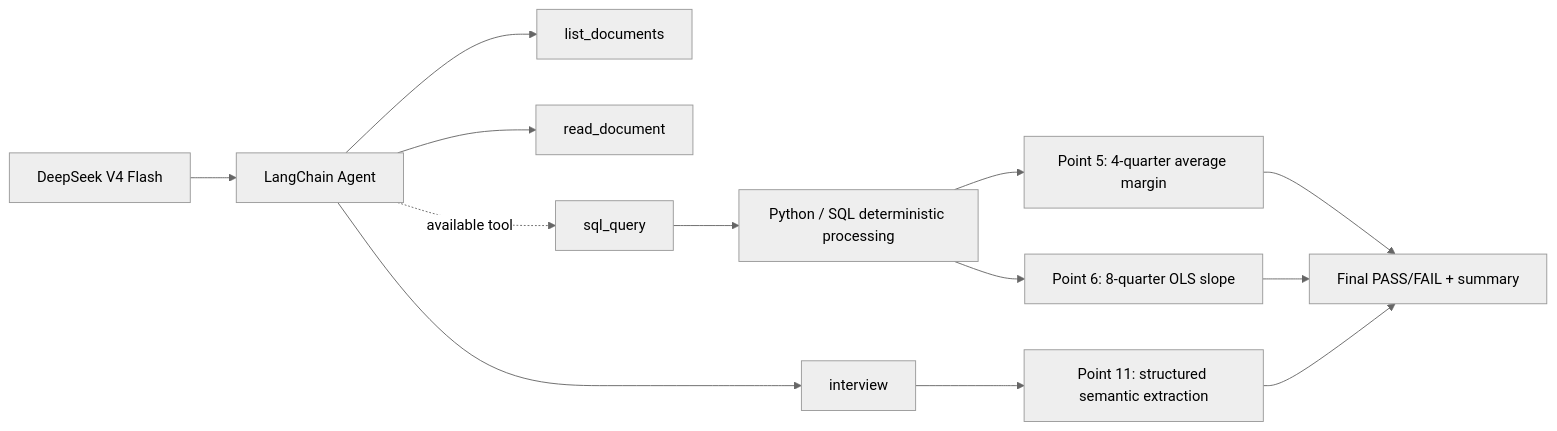
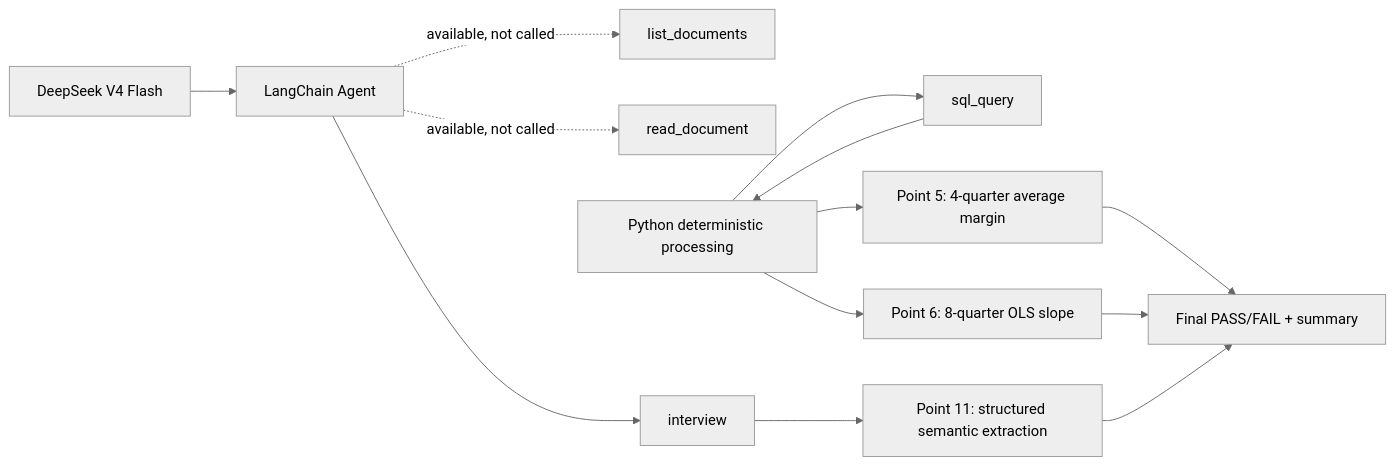
Before and after one commit to Mabellalalalala/FTEC5660-HW3: the first of 2 diagrams in README.md, drawn with Mermaid (neutral theme). The commit also changed other lines of this file, not shown here.

Commit message:
Refine README architecture and results documentation

````diff
--- a/README.md
+++ b/README.md
@@ -33,15 +33,15 @@
 ```mermaid
 flowchart LR
     DS[DeepSeek V4 Flash] --> LA[LangChain Agent]
-    LA --> T1[list_documents]
-    LA --> T2[read_document]
-    LA -. available tool .-> T3[sql_query]
+    LA -. available, not called .-> T1[list_documents]
+    LA -. available, not called .-> T2[read_document]
     LA --> T4[interview]
-    T3 --> PY[Python / SQL deterministic processing]
+    PY[Python deterministic processing] --> T3[sql_query]
+    T3 --> PY
     PY --> P5[Point 5: 4-quarter average margin]
     PY --> P6[Point 6: 8-quarter OLS slope]
     T4 --> P11[Point 11: structured semantic extraction]
     P5 --> V[Final PASS/FAIL + summary]
     P6 --> V
     P11 --> V
 ```
````
